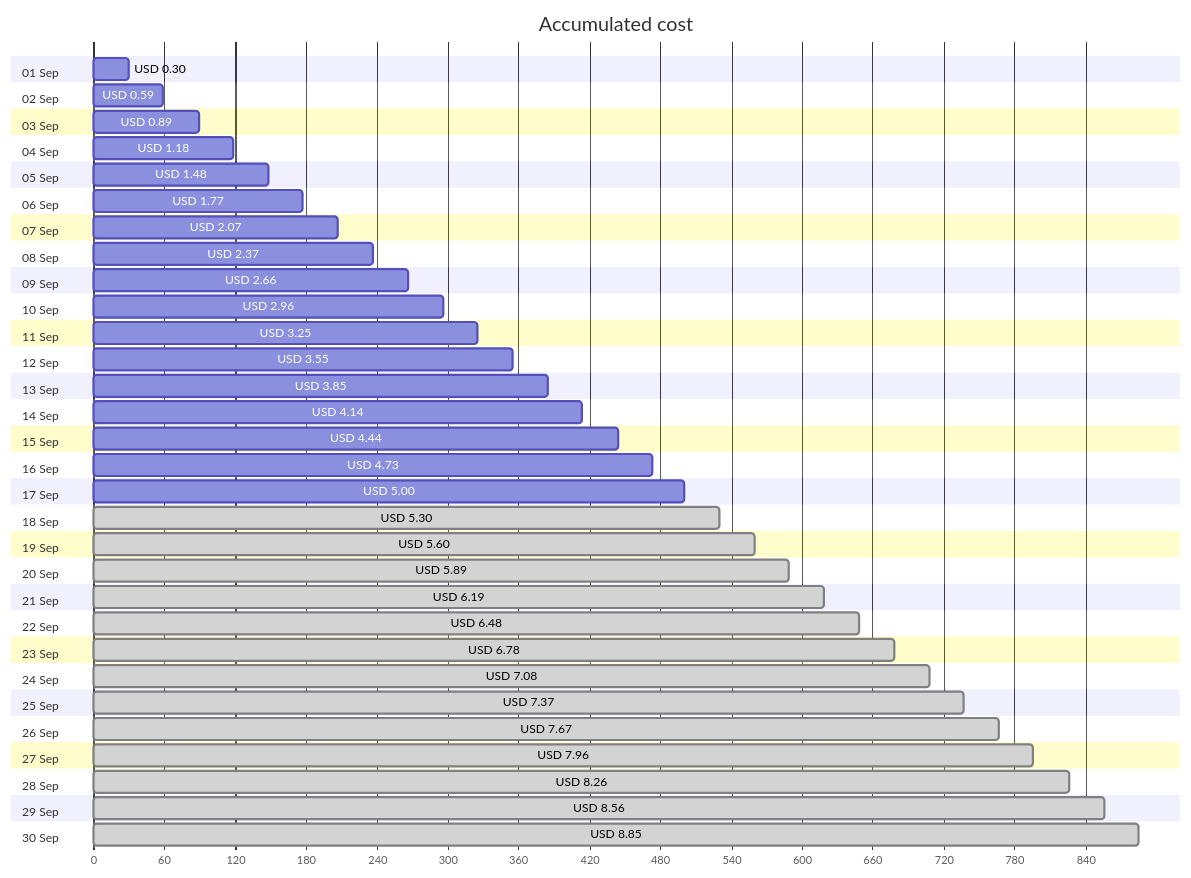
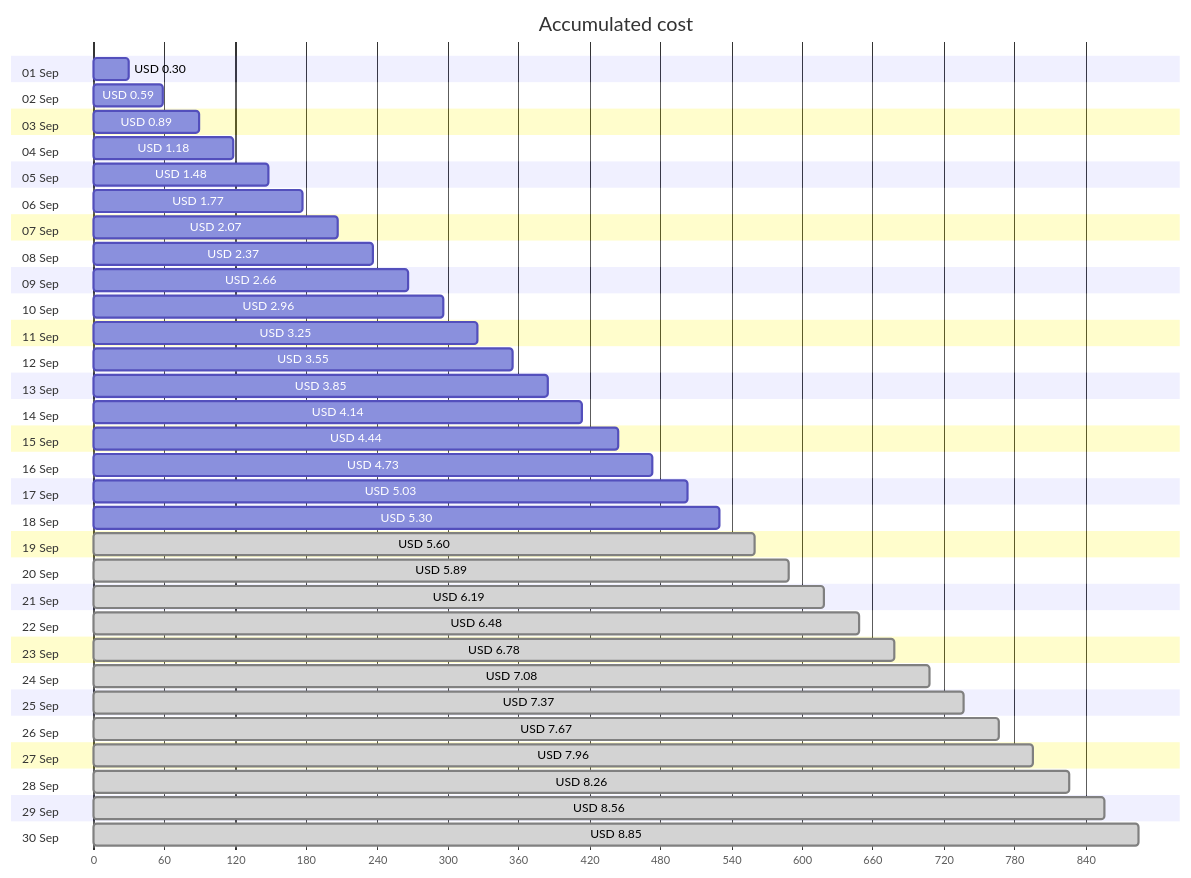
Before and after one commit to jpfulton/azure-personal-reports: the first of 4 diagrams in cost-reports/personal-site/personal-site-preview.md, drawn with Mermaid. The commit also changed other lines of this file and 7 other files, not shown here.

````diff
--- a/cost-reports/personal-site/personal-site-preview.md
+++ b/cost-reports/personal-site/personal-site-preview.md
@@ -20,66 +20,66 @@
 ```mermaid
 gantt
    title Accumulated cost
    dateFormat  X
    axisFormat %s
    section 01 Sep
    USD 0.30 :0, 30
    section 02 Sep
    USD 0.59 :0, 59
    section 03 Sep
    USD 0.89 :0, 89
    section 04 Sep
    USD 1.18 :0, 118
    section 05 Sep
    USD 1.48 :0, 148
    section 06 Sep
    USD 1.77 :0, 177
    section 07 Sep
    USD 2.07 :0, 207
    section 08 Sep
    USD 2.37 :0, 237
    section 09 Sep
    USD 2.66 :0, 266
    section 10 Sep
    USD 2.96 :0, 296
    section 11 Sep
    USD 3.25 :0, 325
    section 12 Sep
    USD 3.55 :0, 355
    section 13 Sep
    USD 3.85 :0, 385
    section 14 Sep
    USD 4.14 :0, 414
    section 15 Sep
    USD 4.44 :0, 444
    section 16 Sep
    USD 4.73 :0, 473
    section 17 Sep
-   USD 5.00 :0, 500
+   USD 5.03 :0, 503
    section 18 Sep
-   USD 5.30 : done, 0, 530
+   USD 5.30 :0, 530
    section 19 Sep
    USD 5.60 : done, 0, 560
    section 20 Sep
    USD 5.89 : done, 0, 589
    section 21 Sep
    USD 6.19 : done, 0, 619
    section 22 Sep
    USD 6.48 : done, 0, 648
    section 23 Sep
    USD 6.78 : done, 0, 678
    section 24 Sep
    USD 7.08 : done, 0, 708
    section 25 Sep
    USD 7.37 : done, 0, 737
    section 26 Sep
    USD 7.67 : done, 0, 767
    section 27 Sep
    USD 7.96 : done, 0, 796
    section 28 Sep
    USD 8.26 : done, 0, 826
    section 29 Sep
    USD 8.56 : done, 0, 856
    section 30 Sep
    USD 8.85 : done, 0, 885
 ```
````
